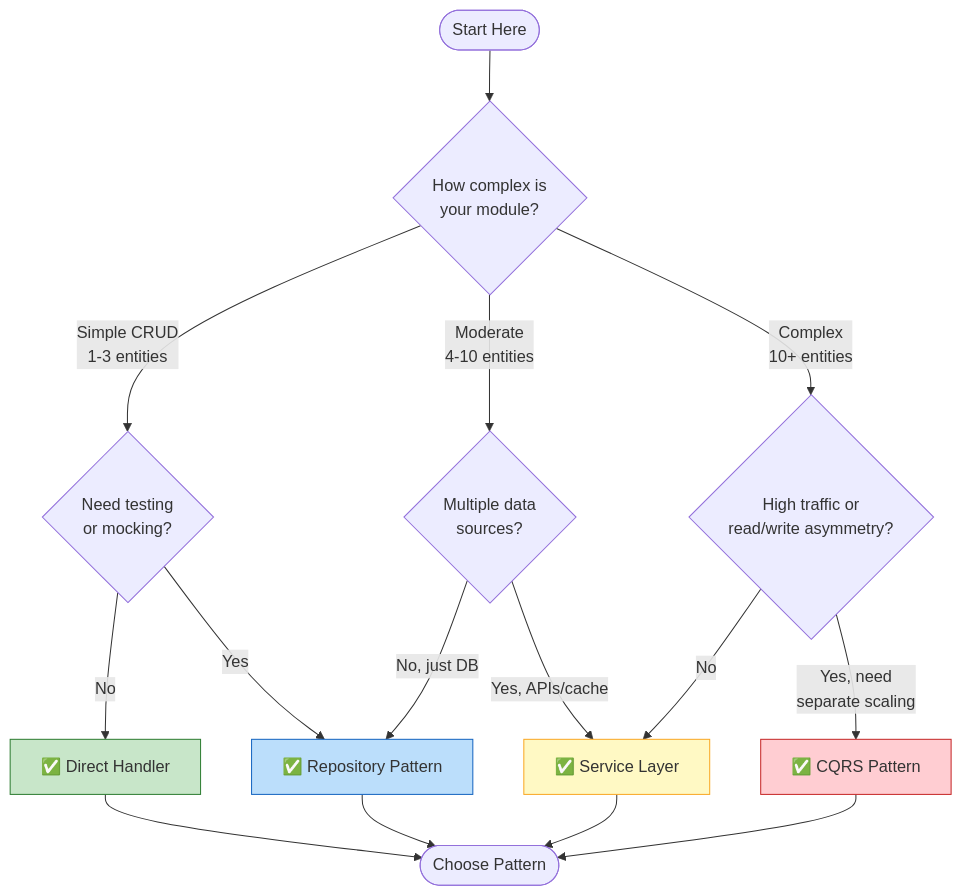
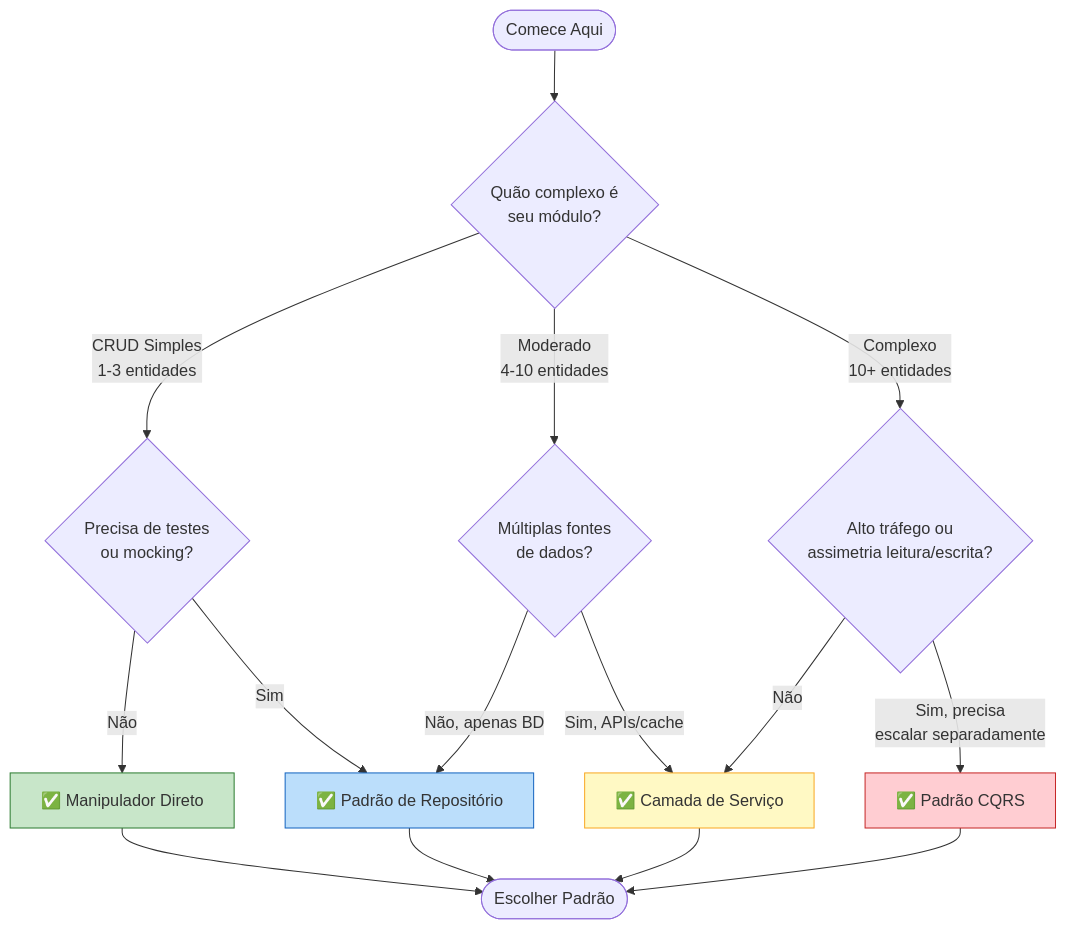
One commit to mambax7/xoops-docs changed the first of 2 diagrams in apps/docs-27/src/content/docs/pt/module-guide/data-access-patterns.md. Above: the diagram before and after it, drawn with Mermaid. The commit also changed other lines of this file and 162 other files, not shown here.

````diff
--- a/apps/docs-27/src/content/docs/pt/module-guide/data-access-patterns.md
+++ b/apps/docs-27/src/content/docs/pt/module-guide/data-access-patterns.md
@@ -14,27 +14,27 @@
 ```mermaid
 flowchart TD
-    START([Start Here]) --> Q1{How complex is<br/>your module?}
+    START([Comece Aqui]) --> Q1{Quão complexo é<br/>seu módulo?}
 
-    Q1 -->|Simple CRUD<br/>1-3 entities| Q2{Need testing<br/>or mocking?}
-    Q1 -->|Moderate<br/>4-10 entities| Q3{Multiple data<br/>sources?}
-    Q1 -->|Complex<br/>10+ entities| Q4{High traffic or<br/>read/write asymmetry?}
+    Q1 -->|CRUD Simples<br/>1-3 entidades| Q2{Precisa de testes<br/>ou mocking?}
+    Q1 -->|Moderado<br/>4-10 entidades| Q3{Múltiplas fontes<br/>de dados?}
+    Q1 -->|Complexo<br/>10+ entidades| Q4{Alto tráfego ou<br/>assimetria leitura/escrita?}
 
-    Q2 -->|No| HANDLER[✅ Direct Handler]
-    Q2 -->|Yes| REPO[✅ Repository Pattern]
+    Q2 -->|Não| HANDLER[✅ Manipulador Direto]
+    Q2 -->|Sim| REPO[✅ Padrão de Repositório]
 
-    Q3 -->|No, just DB| REPO
-    Q3 -->|Yes, APIs/cache| SERVICE[✅ Service Layer]
+    Q3 -->|Não, apenas BD| REPO
+    Q3 -->|Sim, APIs/cache| SERVICE[✅ Camada de Serviço]
 
-    Q4 -->|No| SERVICE
-    Q4 -->|Yes, need<br/>separate scaling| CQRS[✅ CQRS Pattern]
+    Q4 -->|Não| SERVICE
+    Q4 -->|Sim, precisa<br/>escalar separadamente| CQRS[✅ Padrão CQRS]
 
-    HANDLER --> DONE([Choose Pattern])
+    HANDLER --> DONE([Escolher Padrão])
     REPO --> DONE
     SERVICE --> DONE
     CQRS --> DONE
 
     style HANDLER fill:#c8e6c9,stroke:#2e7d32
     style REPO fill:#bbdefb,stroke:#1565c0
     style SERVICE fill:#fff9c4,stroke:#f9a825
     style CQRS fill:#ffcdd2,stroke:#c62828
 ```
````
